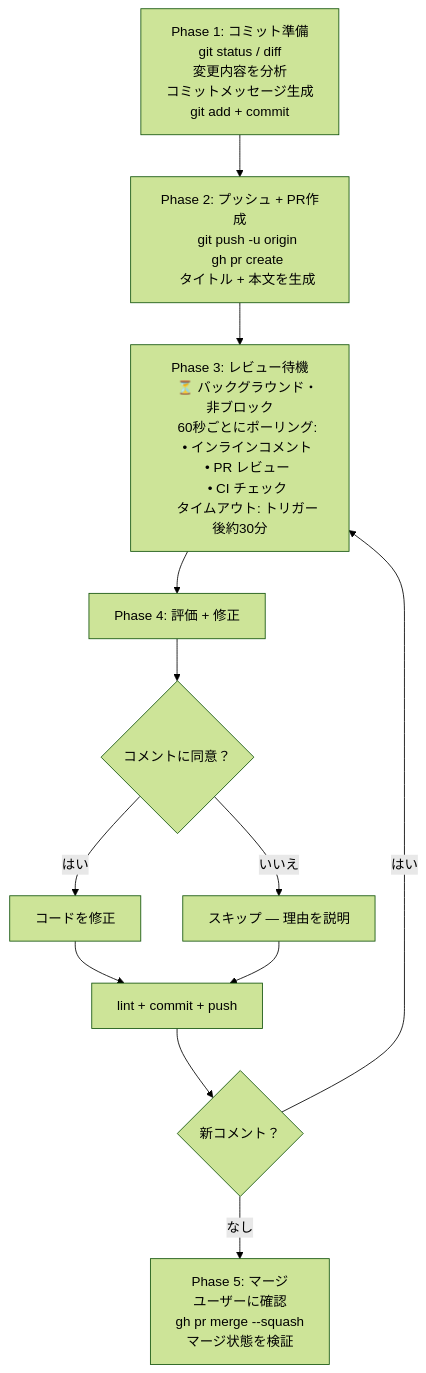
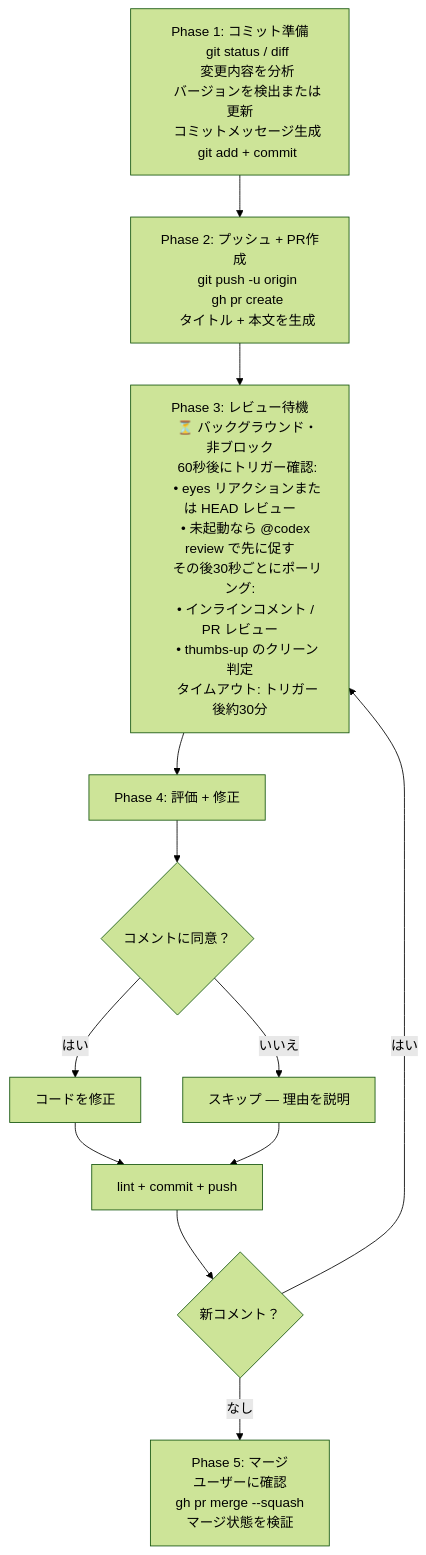
One commit to zytakeshi/create-pr-codex-review changed the second of 2 diagrams in README.ja.md. Above: the diagram before and after it, drawn with Mermaid (forest theme). The commit also changed other lines of this file and 2 other files, not shown here.

Commit message:
docs: refresh current project documentation

````diff
--- a/README.ja.md
+++ b/README.ja.md
@@ -78,34 +81,37 @@
 ```mermaid
 flowchart TD
     A["Phase 1: コミット準備
     git status / diff
     変更内容を分析
+    バージョンを検出または更新
     コミットメッセージ生成
     git add + commit"] --> B
 
     B["Phase 2: プッシュ + PR作成
     git push -u origin
     gh pr create
     タイトル + 本文を生成"] --> C
 
     C["Phase 3: レビュー待機
     ⏳ バックグラウンド・非ブロック
-    60秒ごとにポーリング:
-    • インラインコメント
-    • PR レビュー
-    • CI チェック
+    60秒後にトリガー確認:
+    • eyes リアクションまたは HEAD レビュー
+    • 未起動なら @codex review で先に促す
+    その後30秒ごとにポーリング:
+    • インラインコメント / PR レビュー
+    • thumbs-up のクリーン判定
     タイムアウト: トリガー後約30分"] --> D
 
     D["Phase 4: 評価 + 修正"] --> E{コメントに同意？}
     E -->|はい| F[コードを修正]
     E -->|いいえ| G[スキップ — 理由を説明]
     F --> H[lint + commit + push]
     G --> H
 
     H --> I{新コメント？}
     I -->|はい| C
     I -->|なし| J["Phase 5: マージ
     ユーザーに確認
     gh pr merge --squash
     マージ状態を検証"]
 ```
````
